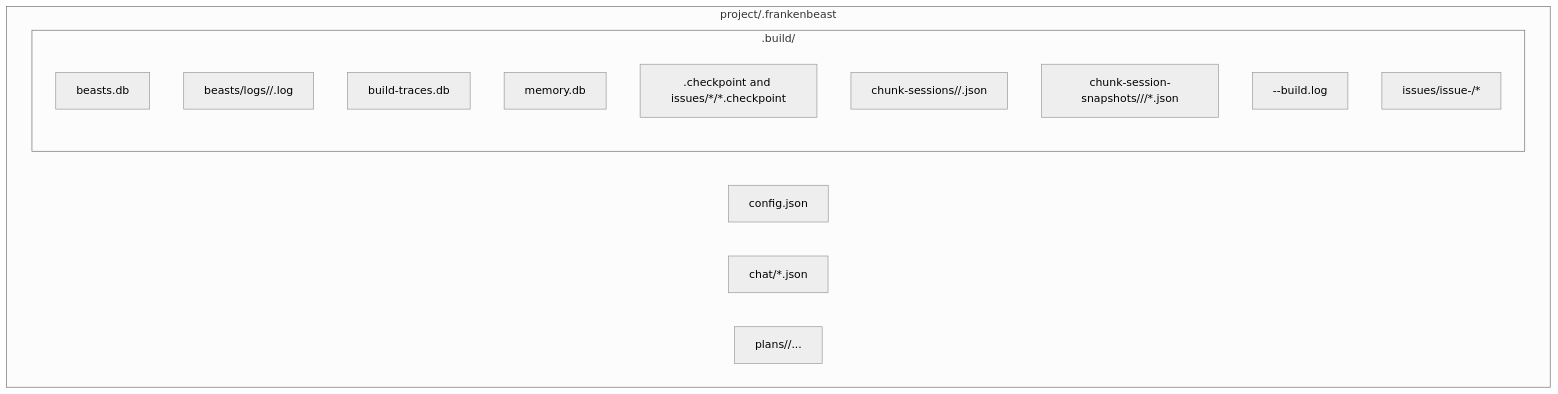
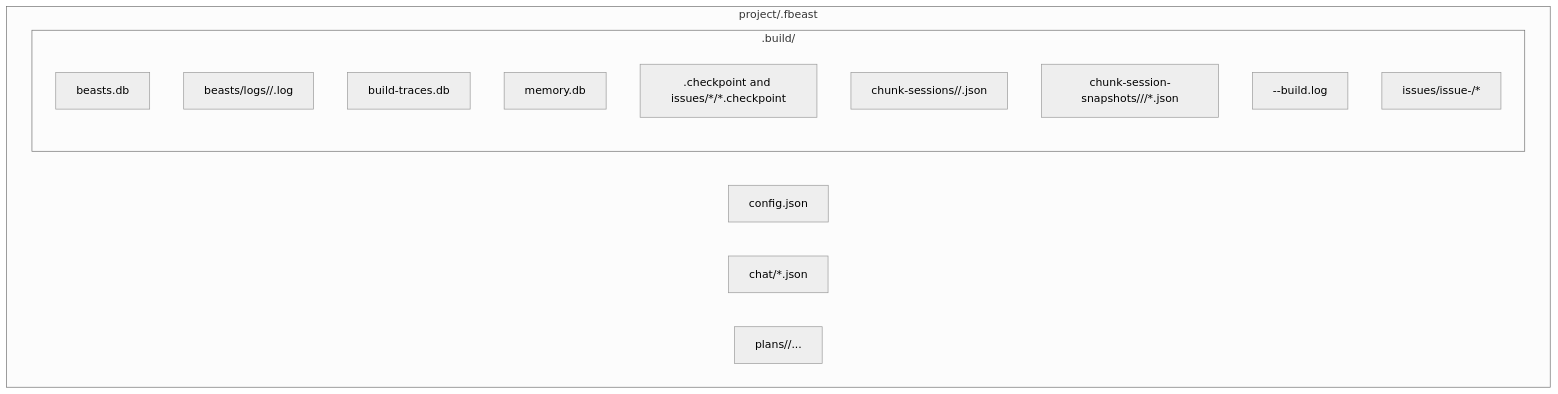
Before and after one commit to djm204/frankenbeast: diagram 11 of 18 in docs/DATA_FLOW.md, drawn with Mermaid (neutral theme). The commit also changed other lines of this file and 49 other files, not shown here.

````diff
--- a/docs/DATA_FLOW.md
+++ b/docs/DATA_FLOW.md
@@ -390,20 +390,20 @@
 ```mermaid
 flowchart TD
-    subgraph Root["project/.frankenbeast"]
+    subgraph Root["project/.fbeast"]
         Config["config.json"]
         Chat["chat/*.json"]
         Plans["plans/<plan>/..."]
 
         subgraph Build[".build/"]
             BeastDb["beasts.db"]
             BeastLogs["beasts/logs/<run>/<attempt>.log"]
             Traces["build-traces.db"]
             Memory["memory.db"]
             Checkpoints["<plan>.checkpoint and issues/*/*.checkpoint"]
             Session["chunk-sessions/<plan>/<chunk>.json"]
             Snapshots["chunk-session-snapshots/<plan>/<chunk>/*.json"]
             BuildLogs["<plan>-<timestamp>-build.log"]
             IssueArtifacts["issues/issue-<n>/*"]
         end
     end
 ```
````
